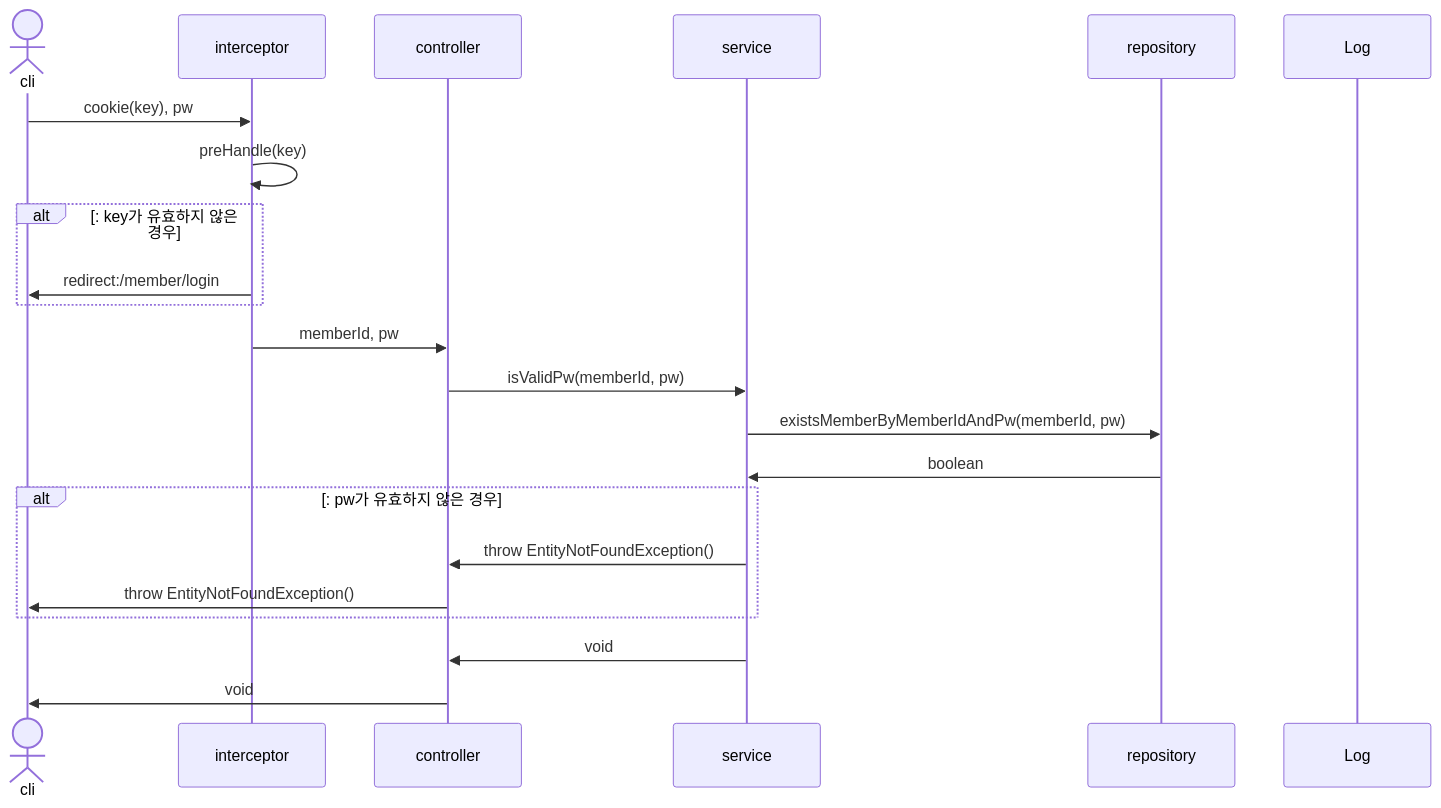
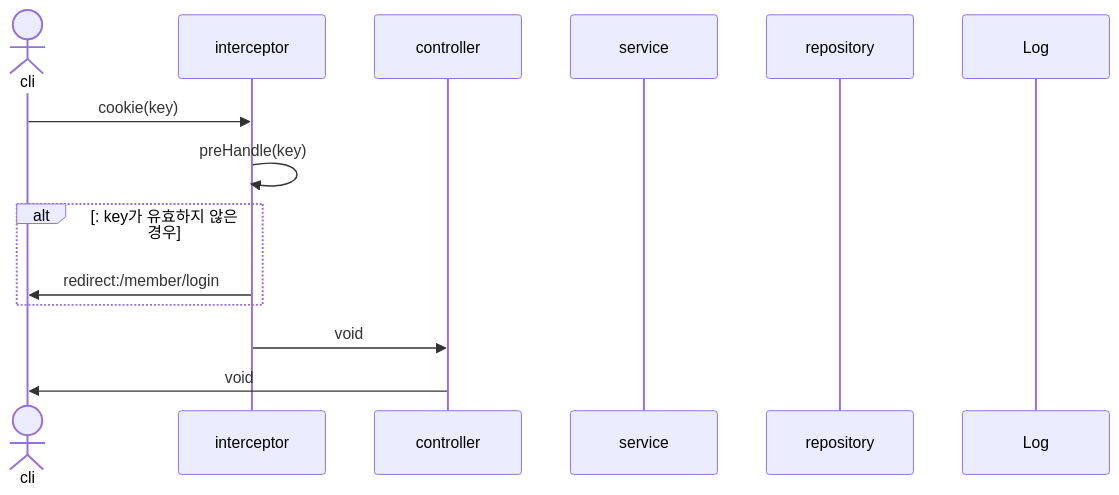
Diagram 11 of 37 in sequence.md (mtak0235/snsX), drawn with Mermaid before and after one commit. The commit also changed other lines of this file and 5 other files, not shown here.

````diff
--- a/sequence.md
+++ b/sequence.md
@@ -307,25 +289,17 @@
 ```mermaid
 sequenceDiagram
 actor cli
 participant i as interceptor
 participant c as controller
 participant s as service
 participant r as repository
 participant l as Log
 
-cli->>i: cookie(key), pw
+cli->>i: cookie(key)
 i->>i: preHandle(key)
 alt: key가 유효하지 않은 경우
 i->>cli: redirect:/member/login
 end
-i->>c: memberId, pw
-c->>s: isValidPw(memberId, pw)
-s->>r: existsMemberByMemberIdAndPw(memberId, pw)
-r->>s: boolean
-alt: pw가 유효하지 않은 경우
-s->>c: throw EntityNotFoundException()
-c->>cli: throw EntityNotFoundException()
-end
-s->>c: void
+i->>c: void
 c->>cli: void
 ```
````
